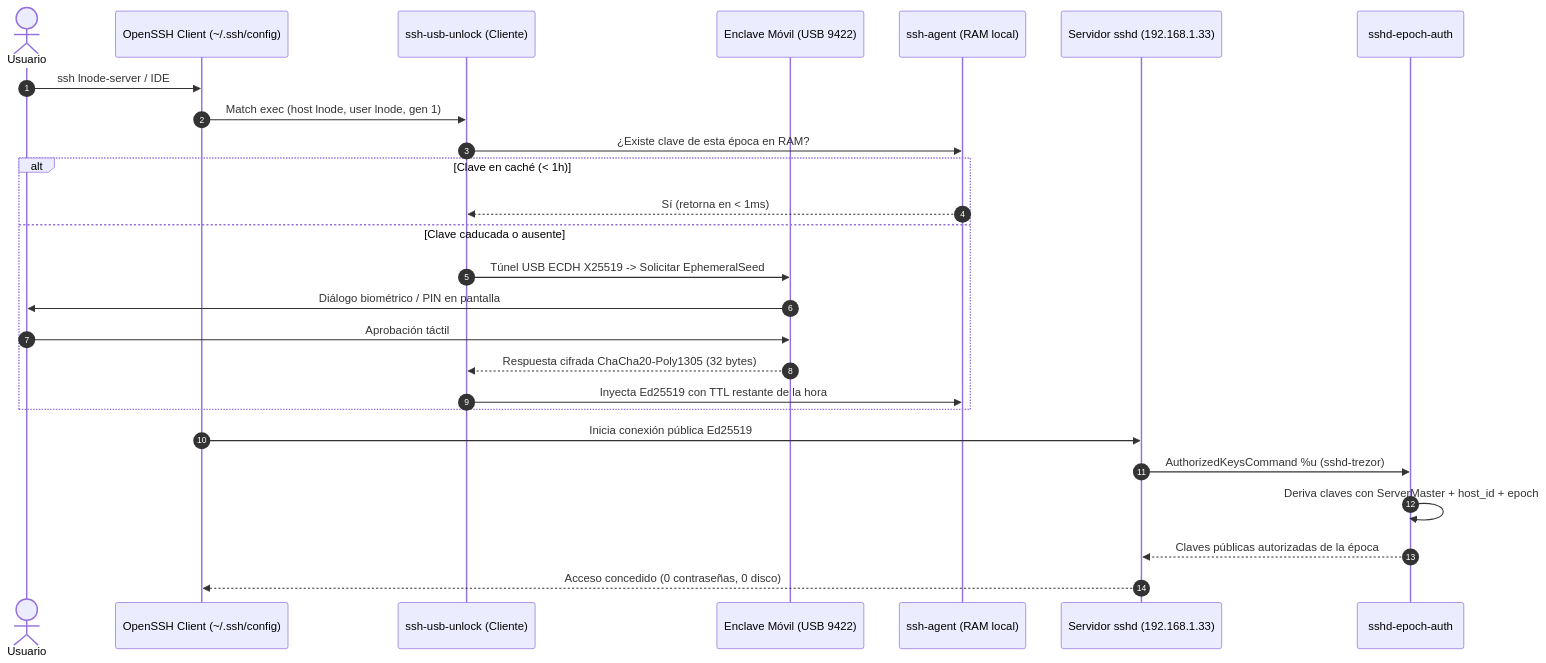
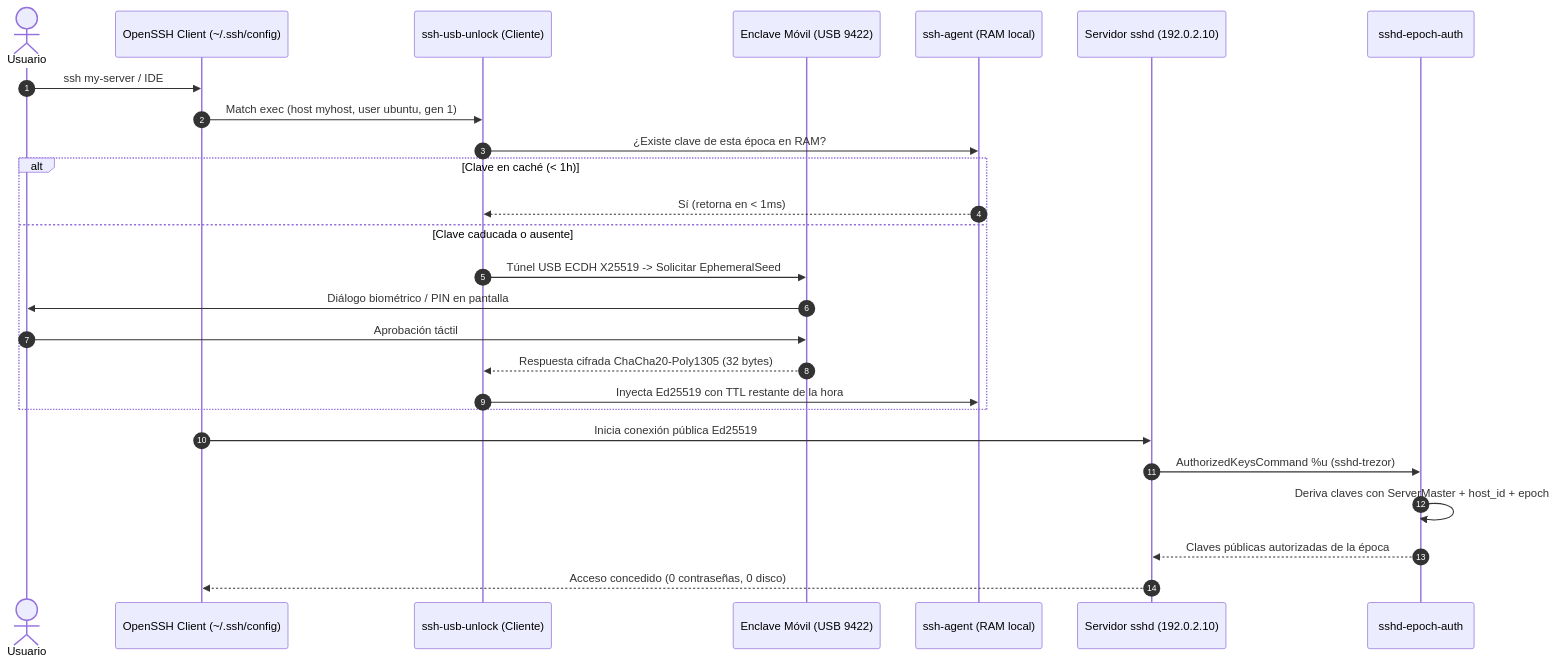
The diagram in docs/ZERO_TRUST_SSH_DEPLOYMENT.md (Kerwit/zero-trust-ssh), drawn with Mermaid before and after one commit. The commit also changed other lines of this file and 3 other files, not shown here.

````diff
--- a/docs/ZERO_TRUST_SSH_DEPLOYMENT.md
+++ b/docs/ZERO_TRUST_SSH_DEPLOYMENT.md
@@ -11,29 +11,29 @@
 ```mermaid
 sequenceDiagram
     autonumber
     actor Dev as Usuario
     participant SSH as OpenSSH Client (~/.ssh/config)
     participant Unlock as ssh-usb-unlock (Cliente)
     participant Mobile as Enclave Móvil (USB 9422)
     participant Agent as ssh-agent (RAM local)
-    participant Server as Servidor sshd (192.168.1.33)
+    participant Server as Servidor sshd (192.0.2.10)
     participant AuthCmd as sshd-epoch-auth
 
-    Dev->>SSH: ssh lnode-server / IDE
-    SSH->>Unlock: Match exec (host lnode, user lnode, gen 1)
+    Dev->>SSH: ssh my-server / IDE
+    SSH->>Unlock: Match exec (host myhost, user ubuntu, gen 1)
     Unlock->>Agent: ¿Existe clave de esta época en RAM?
     alt Clave en caché (< 1h)
         Agent-->>Unlock: Sí (retorna en < 1ms)
     else Clave caducada o ausente
         Unlock->>Mobile: Túnel USB ECDH X25519 -> Solicitar EphemeralSeed
         Mobile->>Dev: Diálogo biométrico / PIN en pantalla
         Dev->>Mobile: Aprobación táctil
         Mobile-->>Unlock: Respuesta cifrada ChaCha20-Poly1305 (32 bytes)
         Unlock->>Agent: Inyecta Ed25519 con TTL restante de la hora
     end
     SSH->>Server: Inicia conexión pública Ed25519
     Server->>AuthCmd: AuthorizedKeysCommand %u (sshd-trezor)
     AuthCmd->>AuthCmd: Deriva claves con ServerMaster + host_id + epoch
     AuthCmd-->>Server: Claves públicas autorizadas de la época
     Server-->>SSH: Acceso concedido (0 contraseñas, 0 disco)
 ```
````
